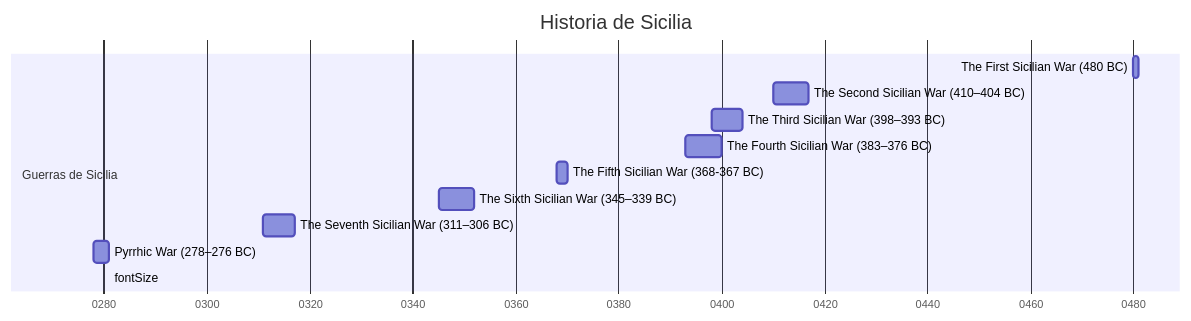
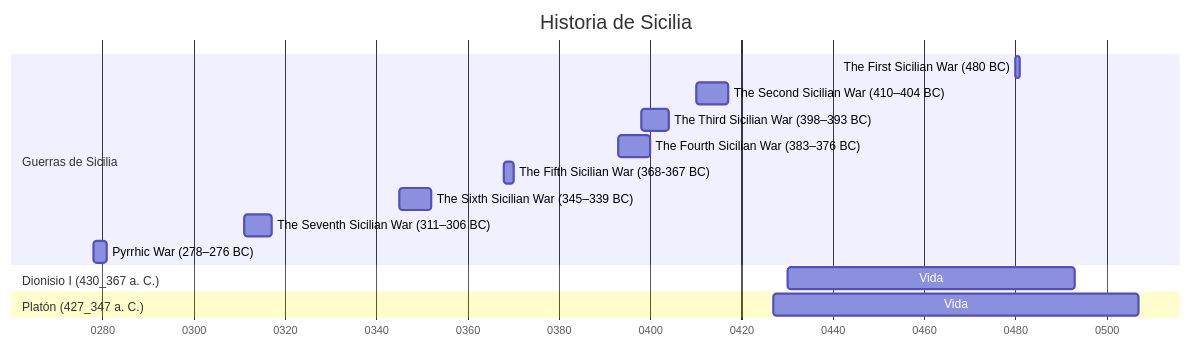
One commit to pajaro1966/Asignaturas changed the diagram in docs/Plutarch_Dion/Geografia_Sicilia.md. Above: the diagram before and after it, drawn with Mermaid. The commit also changed 6 other files, not shown here.

````diff
--- a/docs/Plutarch_Dion/Geografia_Sicilia.md
+++ b/docs/Plutarch_Dion/Geografia_Sicilia.md
@@ -3,22 +3,28 @@
 ```mermaid
 
 gantt
 
     title Historia de Sicilia
     dateFormat YYYY
     axisFormat %Y
-    tickInterval 10year
+    tickInterval 5y
     
     section Guerras de Sicilia
         The First Sicilian War (480 BC) : -0480, 1y
         The Second Sicilian War (410–404 BC): -0410, 7y
         The Third Sicilian War (398–393 BC): -0398, 6y
         The Fourth Sicilian War (383–376 BC): -0393, 7y
         The Fifth Sicilian War (368-367 BC): -0368, 2y
         The Sixth Sicilian War (345–339 BC): -0345, 7y
         The Seventh Sicilian War (311–306 BC): -0311, 6y
         Pyrrhic War (278–276 BC): -0278, 3y
 
-  fontSize: 26 // Font size
+    section Dionisio I (430_367 a. C.)
+        Vida: -0367, -0430, 63y
+
+    section Platón (427_347 a. C.)
+        Vida: -0347, -0427, 80y
+
+
 
 ```
````
